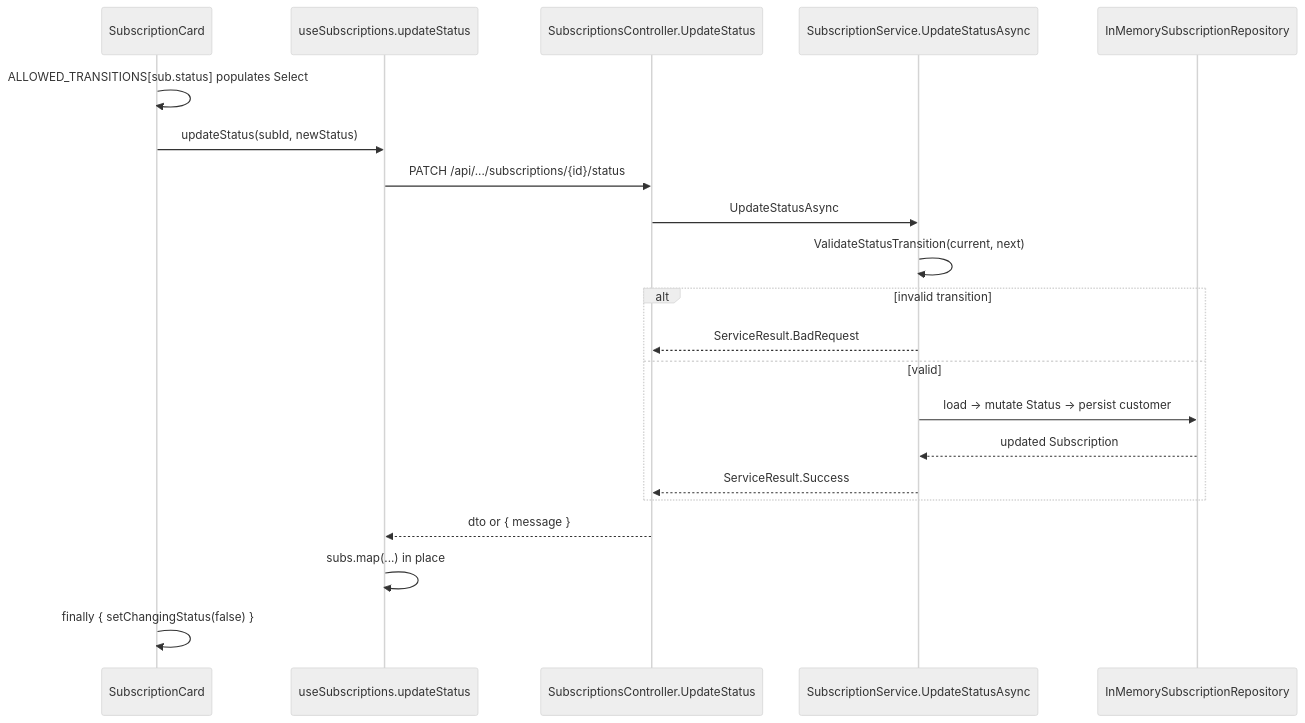
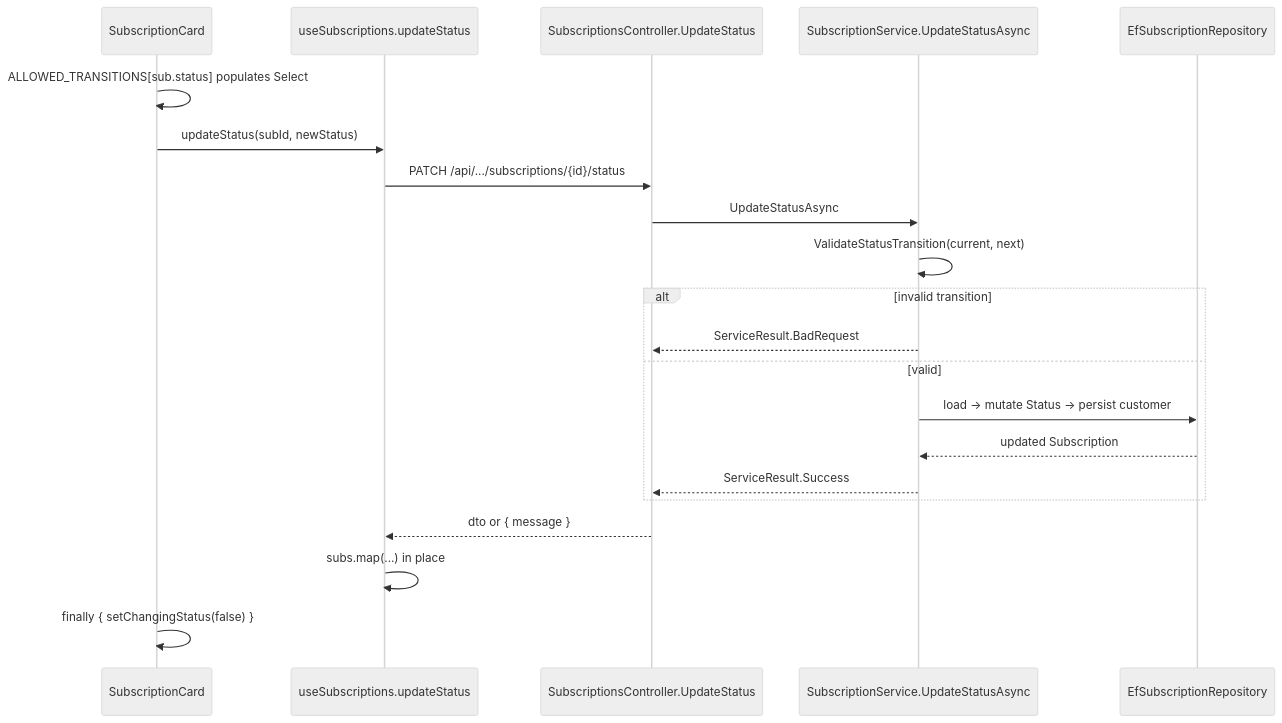
One commit to AlexeyTopchilko/SubscriptionManagement changed the third of 3 diagrams in docs/CODEBASE_MAP.md. Above: the diagram before and after it, drawn with Mermaid (neutral theme). The commit also changed other lines of this file and 18 other files, not shown here.

````diff
--- a/docs/CODEBASE_MAP.md
+++ b/docs/CODEBASE_MAP.md
@@ -245,24 +245,24 @@
 ```mermaid
 sequenceDiagram
     participant Card as SubscriptionCard
     participant Hook as useSubscriptions.updateStatus
     participant Ctl as SubscriptionsController.UpdateStatus
     participant Svc as SubscriptionService.UpdateStatusAsync
-    participant Repo as InMemorySubscriptionRepository
+    participant Repo as EfSubscriptionRepository
 
     Card->>Card: ALLOWED_TRANSITIONS[sub.status] populates Select
     Card->>Hook: updateStatus(subId, newStatus)
     Hook->>Ctl: PATCH /api/.../subscriptions/{id}/status
     Ctl->>Svc: UpdateStatusAsync
     Svc->>Svc: ValidateStatusTransition(current, next)
     alt invalid transition
         Svc-->>Ctl: ServiceResult.BadRequest
     else valid
         Svc->>Repo: load → mutate Status → persist customer
         Repo-->>Svc: updated Subscription
         Svc-->>Ctl: ServiceResult.Success
     end
     Ctl-->>Hook: dto or { message }
     Hook->>Hook: subs.map(...) in place
     Card->>Card: finally { setChangingStatus(false) }  # swallows errors
 ```
````
